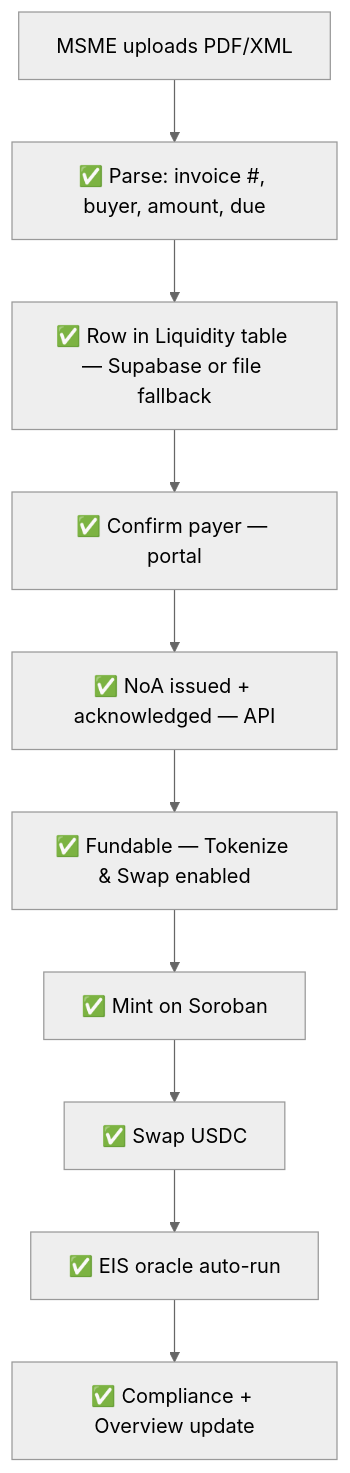
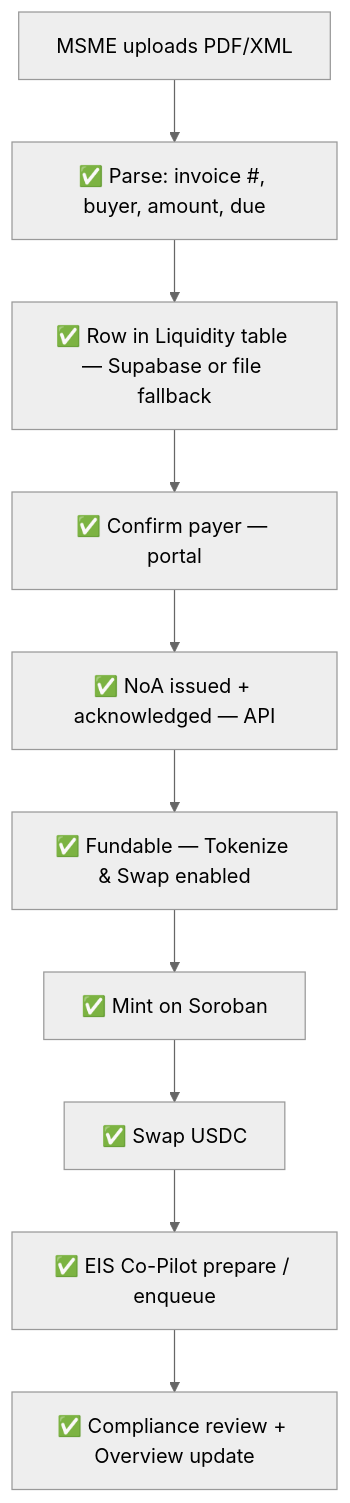
One commit to Axon-Enjin/axial changed the fourth of 8 diagrams in docs/flow.md. Above: the diagram before and after it, drawn with Mermaid (neutral theme). The commit also changed other lines of this file and 9 other files, not shown here.

````diff
--- a/docs/flow.md
+++ b/docs/flow.md
@@ -176,12 +178,12 @@
 ```mermaid
 flowchart TD
   U["MSME uploads PDF/XML"] --> P["✅ Parse: invoice #, buyer, amount, due"]
   P --> R["✅ Row in Liquidity table — Supabase or file fallback"]
   R --> PC["✅ Confirm payer — portal"]
   PC --> NOA["✅ NoA issued + acknowledged — API"]
   NOA --> OK["✅ Fundable — Tokenize & Swap enabled"]
   OK --> M["✅ Mint on Soroban"]
   M --> S["✅ Swap USDC"]
-  S --> EIS["✅ EIS oracle auto-run"]
-  EIS --> UI2["✅ Compliance + Overview update"]
+  S --> EIS["✅ EIS Co-Pilot prepare / enqueue"]
+  EIS --> UI2["✅ Compliance review + Overview update"]
 ```
````
